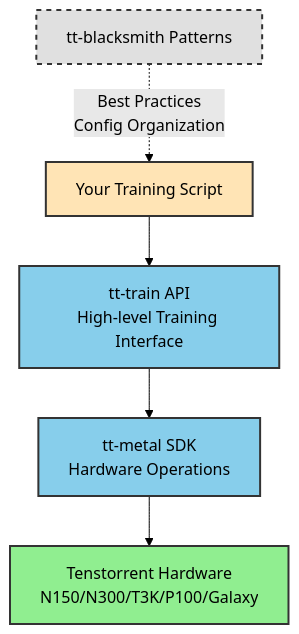
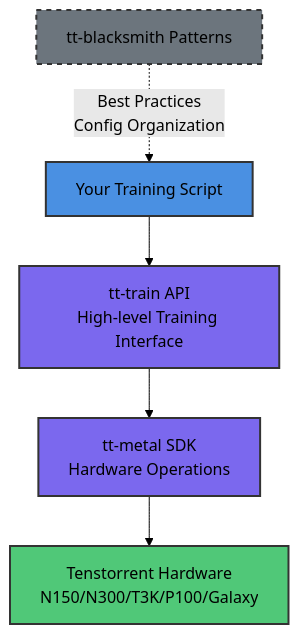
Before and after one commit to tenstorrent/tt-vscode-toolkit: the first of 2 diagrams in content/lessons/ct1-understanding-training.md, drawn with Mermaid (forest theme). The commit also changed other lines of this file and 9 other files, not shown here.

````diff
--- a/content/lessons/ct1-understanding-training.md
+++ b/content/lessons/ct1-understanding-training.md
@@ -112,14 +112,14 @@
 ```mermaid
 graph TD
     A[Your Training Script] --> B[tt-train API<br/>High-level Training Interface]
     B --> C[tt-metal SDK<br/>Hardware Operations]
     C --> D[Tenstorrent Hardware<br/>N150/N300/T3K/P100/Galaxy]
 
     E[tt-blacksmith Patterns] -.->|Best Practices<br/>Config Organization| A
 
-    style A fill:#FFE4B5,stroke:#333,stroke-width:2px
-    style B fill:#87CEEB,stroke:#333,stroke-width:2px
-    style C fill:#87CEEB,stroke:#333,stroke-width:2px
-    style D fill:#90EE90,stroke:#333,stroke-width:2px
-    style E fill:#E0E0E0,stroke:#333,stroke-width:2px,stroke-dasharray: 5 5
+    style A fill:#4A90E2,stroke:#333,stroke-width:2px
+    style B fill:#7B68EE,stroke:#333,stroke-width:2px
+    style C fill:#7B68EE,stroke:#333,stroke-width:2px
+    style D fill:#50C878,stroke:#333,stroke-width:2px
+    style E fill:#6C757D,stroke:#333,stroke-width:2px,stroke-dasharray: 5 5
 ```
````
